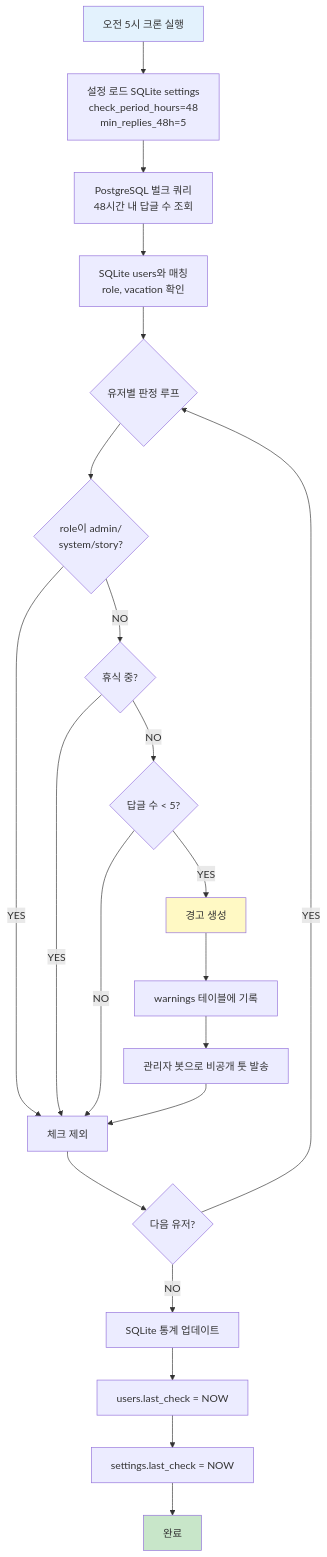
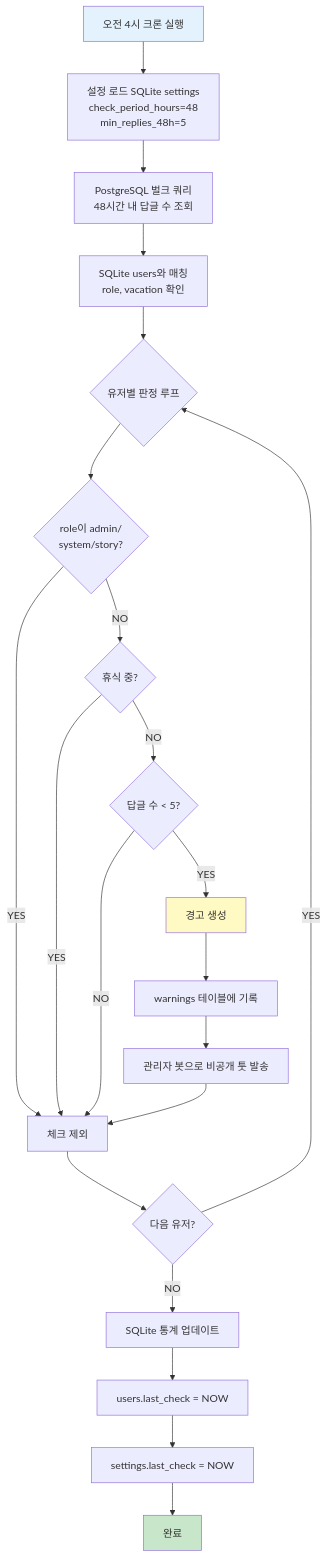
One commit to NinoNinoNinoling/commumanager changed the fourth of 5 diagrams in docs/ARCHITECTURE.md. Above: the diagram before and after it, drawn with Mermaid. The commit also changed other lines of this file and 3 other files, not shown here.

````diff
--- a/docs/ARCHITECTURE.md
+++ b/docs/ARCHITECTURE.md
@@ -193,27 +223,27 @@
 ```mermaid
 flowchart TD
-    A[오전 5시 크론 실행] --> B[설정 로드 SQLite settings<br/>check_period_hours=48<br/>min_replies_48h=5]
+    A[오전 4시 크론 실행] --> B[설정 로드 SQLite settings<br/>check_period_hours=48<br/>min_replies_48h=5]
     B --> C[PostgreSQL 벌크 쿼리<br/>48시간 내 답글 수 조회]
     C --> D[SQLite users와 매칭<br/>role, vacation 확인]
     D --> E{유저별 판정 루프}
     E --> F{role이 admin/<br/>system/story?}
     F -->|YES| E1[체크 제외]
     F -->|NO| G{휴식 중?}
     G -->|YES| E1
     G -->|NO| H{답글 수 < 5?}
     H -->|NO| E1
     H -->|YES| I[경고 생성]
     I --> I1[warnings 테이블에 기록]
     I1 --> I2[관리자 봇으로 비공개 툿 발송]
     I2 --> E1
     E1 --> J{다음 유저?}
     J -->|YES| E
     J -->|NO| K[SQLite 통계 업데이트]
     K --> K1[users.last_check = NOW]
     K1 --> K2[settings.last_check = NOW]
     K2 --> L[완료]
 
     style A fill:#e3f2fd
     style L fill:#c8e6c9
     style I fill:#fff9c4
 ```
````
